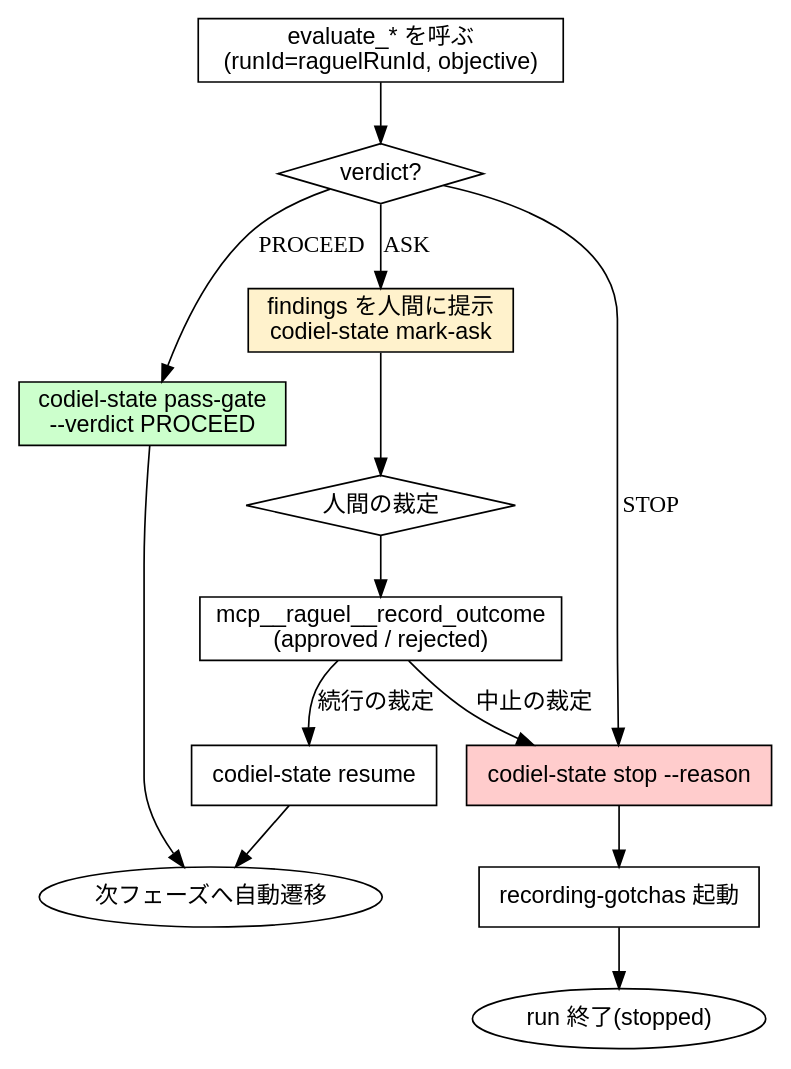
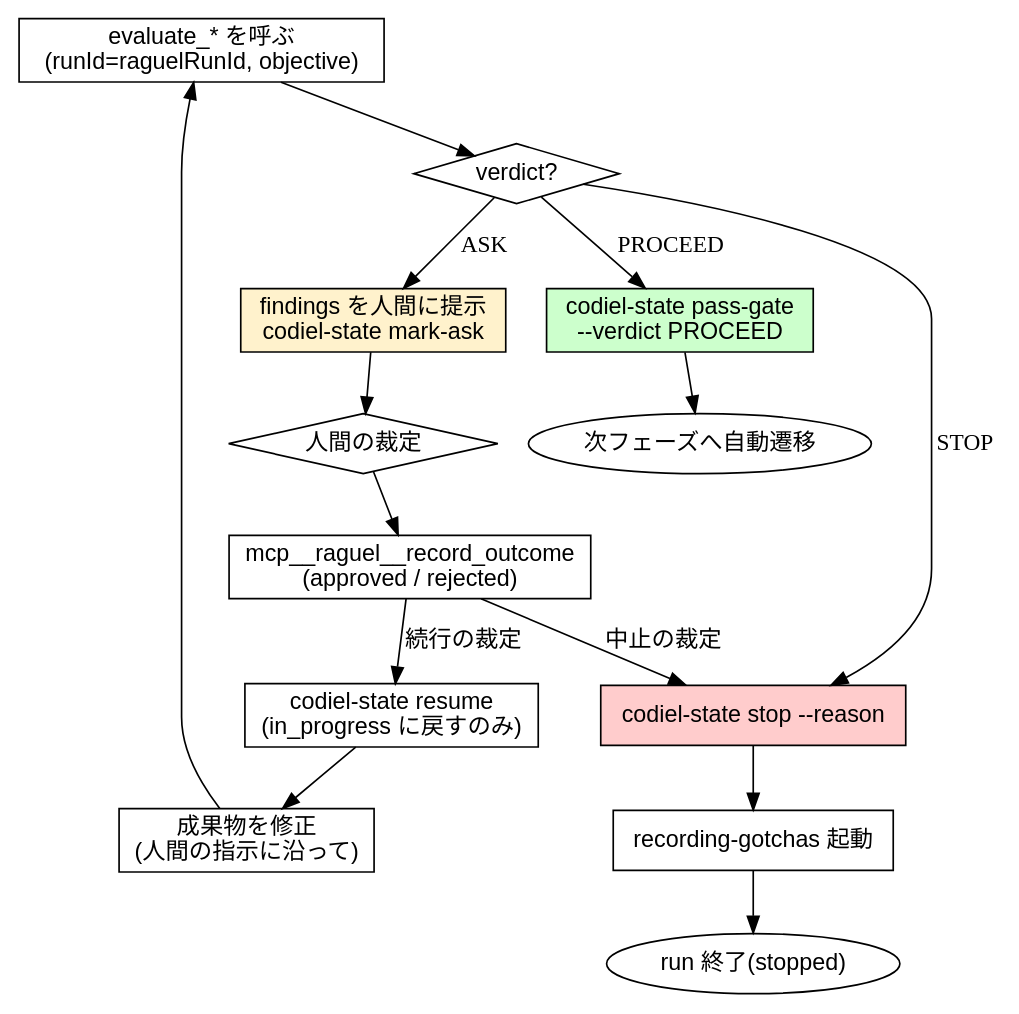
The diagram in plugins/codiel/skills/raguel-gating/SKILL.md (Amatsuka-kobo/amatsuka-claude-plugins), drawn with Graphviz before and after one commit. The commit also changed other lines of this file, not shown here.

Commit message:
fix(codiel): raguel-gatingスキルの実装整合(evaluationId選定・resume再ゲート・同期フィルタ)を修正

````diff
--- a/plugins/codiel/skills/raguel-gating/SKILL.md
+++ b/plugins/codiel/skills/raguel-gating/SKILL.md
@@ -136,37 +157,39 @@
 ```dot
 digraph raguel_gate {
   rankdir=TB;
   node [fontname="sans-serif"];
 
   evaluate [label="evaluate_* を呼ぶ\n(runId=raguelRunId, objective)", shape=box];
   verdict [label="verdict?", shape=diamond];
 
   proceed [label="codiel-state pass-gate\n--verdict PROCEED", shape=box, style=filled, fillcolor="#ccffcc"];
   next [label="次フェーズへ自動遷移", shape=ellipse];
 
   ask [label="findings を人間に提示\ncodiel-state mark-ask", shape=box, style=filled, fillcolor="#fff2cc"];
   human [label="人間の裁定", shape=diamond];
   record_ask [label="mcp__raguel__record_outcome\n(approved / rejected)", shape=box];
-  resume [label="codiel-state resume", shape=box];
+  resume [label="codiel-state resume\n(in_progress に戻すのみ)", shape=box];
+  refix [label="成果物を修正\n(人間の指示に沿って)", shape=box];
 
   stop_run [label="codiel-state stop --reason", shape=box, style=filled, fillcolor="#ffcccc"];
   gotchas [label="recording-gotchas 起動", shape=box];
   stopped [label="run 終了(stopped)", shape=ellipse];
 
   evaluate -> verdict;
   verdict -> proceed [label="PROCEED"];
   verdict -> ask [label="ASK"];
   verdict -> stop_run [label="STOP"];
 
   proceed -> next;
 
   ask -> human;
   human -> record_ask;
   record_ask -> resume [label="続行の裁定"];
   record_ask -> stop_run [label="中止の裁定"];
-  resume -> next;
+  resume -> refix;
+  refix -> evaluate;
 
   stop_run -> gotchas;
   gotchas -> stopped;
 }
 ```
````
